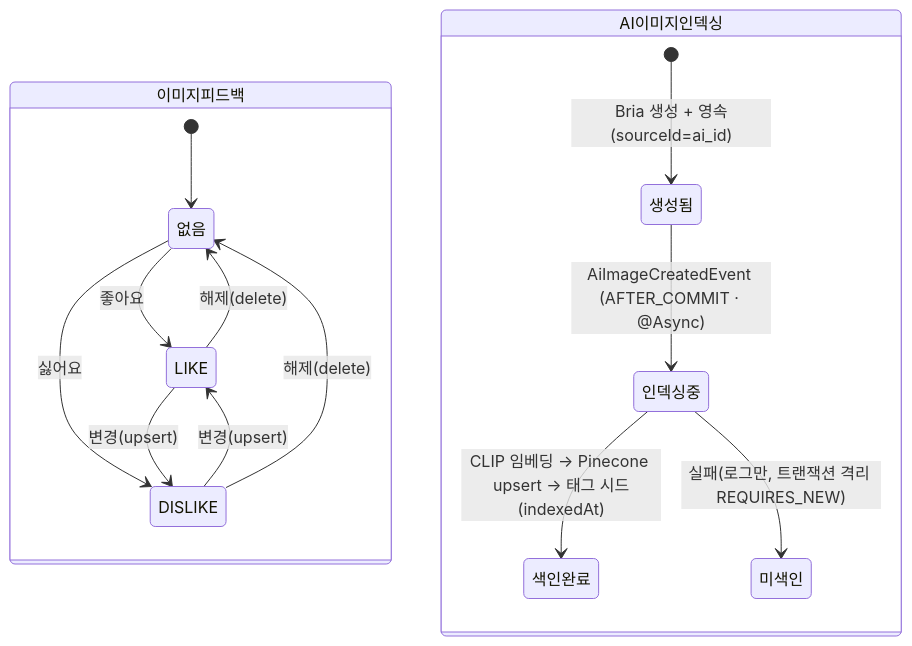
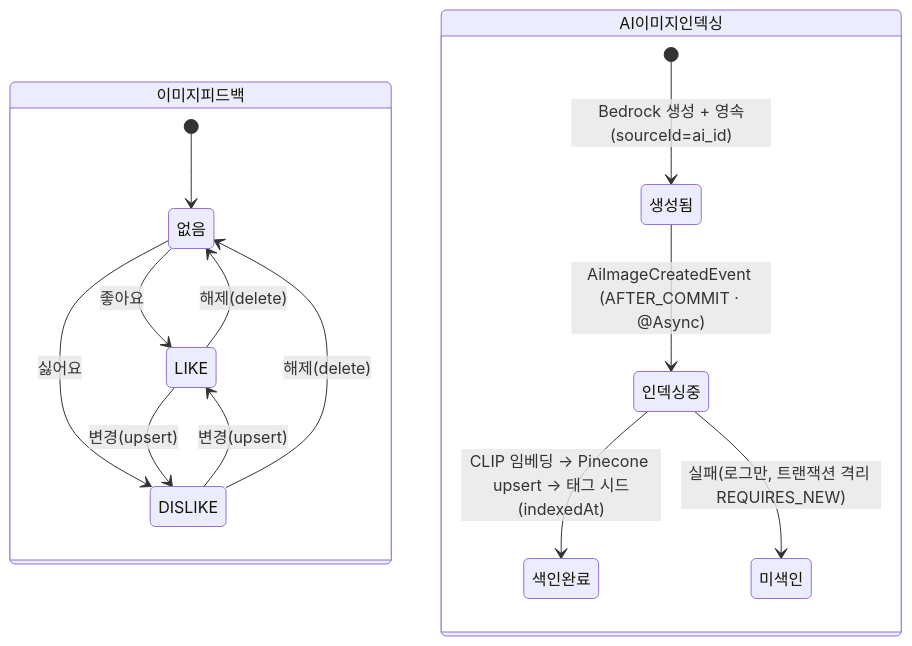
One commit to DraWeTeam/drawe changed the seventh of 7 diagrams in docs/SDS/stateMachineDiagram.md. Above: the diagram before and after it, drawn with Mermaid. The commit also changed 13 other files, not shown here.

````diff
--- a/docs/SDS/stateMachineDiagram.md
+++ b/docs/SDS/stateMachineDiagram.md
@@ -160,19 +160,19 @@
 ```mermaid
 stateDiagram-v2
     state 이미지피드백 {
         [*] --> 없음
         없음 --> LIKE : 좋아요
         없음 --> DISLIKE : 싫어요
         LIKE --> DISLIKE : 변경(upsert)
         DISLIKE --> LIKE : 변경(upsert)
         LIKE --> 없음 : 해제(delete)
         DISLIKE --> 없음 : 해제(delete)
     }
 
     state AI이미지인덱싱 {
-        [*] --> 생성됨 : Bria 생성 + 영속(sourceId=ai_id)
+        [*] --> 생성됨 : Bedrock 생성 + 영속(sourceId=ai_id)
         생성됨 --> 인덱싱중 : AiImageCreatedEvent (AFTER_COMMIT · @Async)
         인덱싱중 --> 색인완료 : CLIP 임베딩 → Pinecone upsert → 태그 시드(indexedAt)
         인덱싱중 --> 미색인 : 실패(로그만, 트랜잭션 격리 REQUIRES_NEW)
     }
 ```
````
